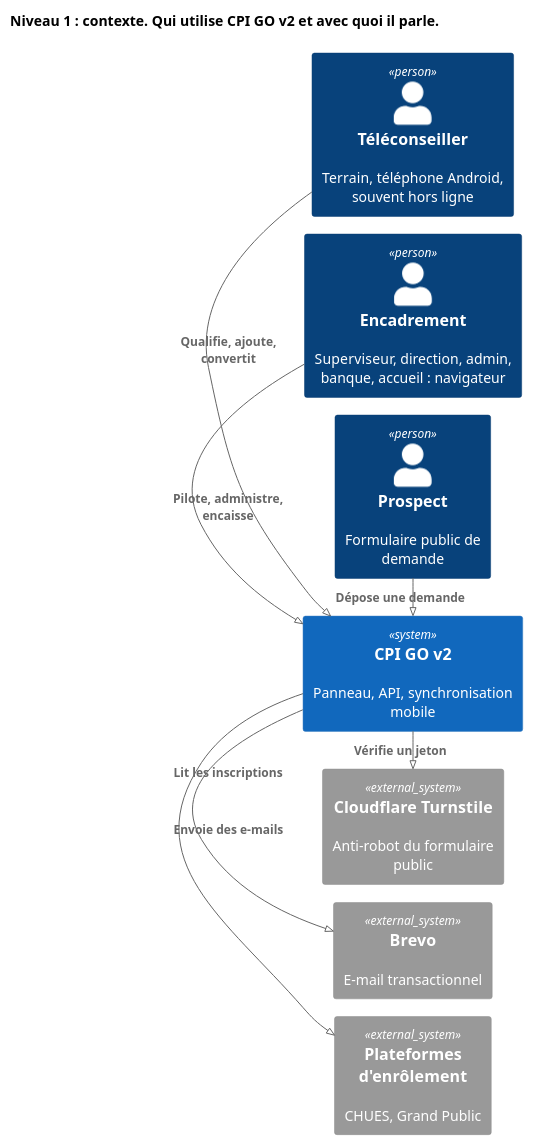
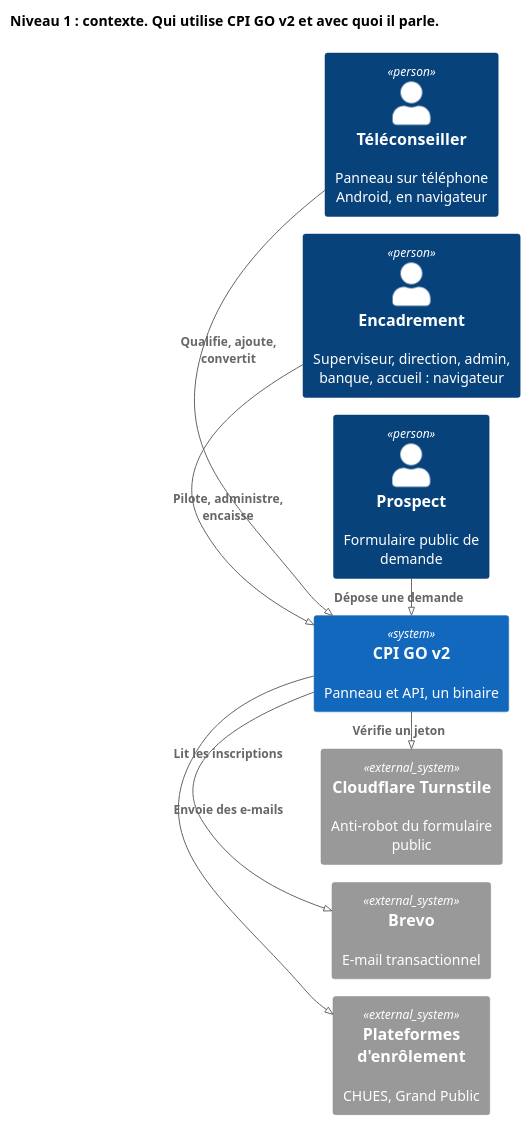
Before and after one commit to Compagnie-Prestige-Immobilier/crm-monorepo: the diagram in docs/v2-refonte/diagrammes/01-contexte.puml, drawn with PlantUML. The commit also changed 15 other files, not shown here.

```diff
--- a/docs/v2-refonte/diagrammes/01-contexte.puml
+++ b/docs/v2-refonte/diagrammes/01-contexte.puml
@@ -1,23 +1,23 @@
 @startuml 01-contexte
 !pragma layout smetana
 !include https://raw.githubusercontent.com/plantuml-stdlib/C4-PlantUML/master/C4_Context.puml
 LAYOUT_LEFT_RIGHT()
 title Niveau 1 : contexte. Qui utilise CPI GO v2 et avec quoi il parle.
 
-Person(tc, "Téléconseiller", "Terrain, téléphone Android, souvent hors ligne")
+Person(tc, "Téléconseiller", "Panneau sur téléphone Android, en navigateur")
 Person(enc, "Encadrement", "Superviseur, direction, admin, banque, accueil : navigateur")
 Person(pub, "Prospect", "Formulaire public de demande")
 
-System(cpi, "CPI GO v2", "Panneau, API, synchronisation mobile")
+System(cpi, "CPI GO v2", "Panneau et API, un binaire")
 
 System_Ext(plat, "Plateformes d'enrôlement", "CHUES, Grand Public")
 System_Ext(brevo, "Brevo", "E-mail transactionnel")
 System_Ext(turn, "Cloudflare Turnstile", "Anti-robot du formulaire public")
 
 Rel_R(tc, cpi, "Qualifie, ajoute, convertit")
 Rel_R(enc, cpi, "Pilote, administre, encaisse")
 Rel_R(pub, cpi, "Dépose une demande")
 Rel_R(cpi, plat, "Lit les inscriptions")
 Rel_R(cpi, brevo, "Envoie des e-mails")
 Rel_R(cpi, turn, "Vérifie un jeton")
 @enduml
```
